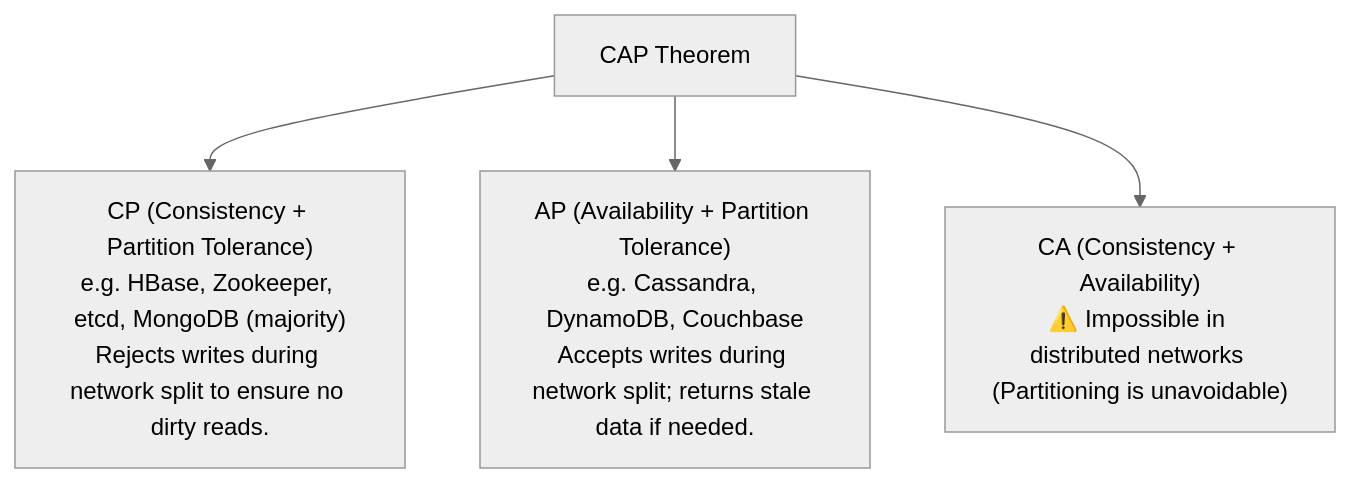
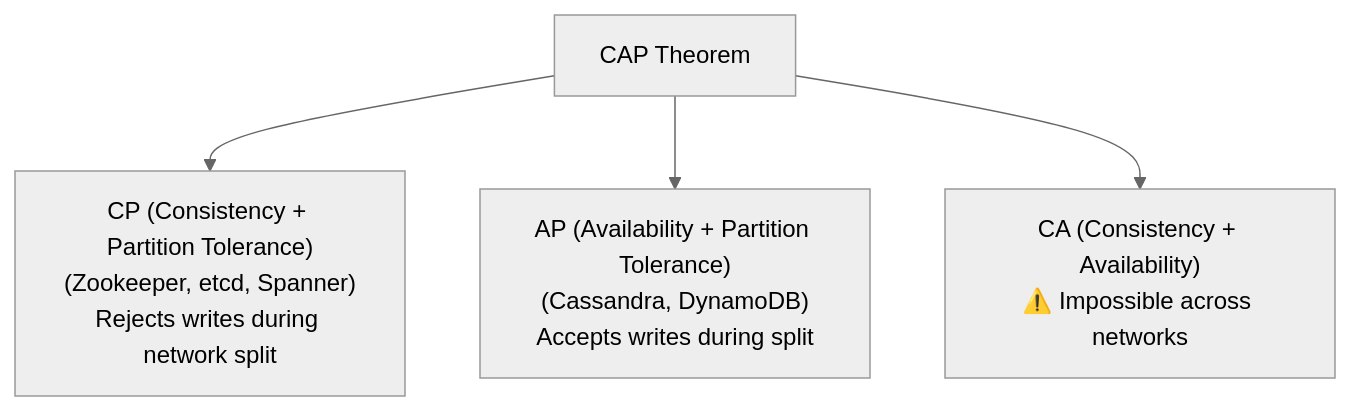
Before and after one commit to Sourav108/strivers-lld: the fourth of 4 diagrams in strivers-hld/06-Databases-and-Storage/README.md, drawn with Mermaid (neutral theme). The commit also changed other lines of this file and 39 other files, not shown here.

Commit message:
fix(mermaid): wrap node labels, simplify diamonds, and reformat wide diagrams for perfect GitHub rendering

````diff
--- a/strivers-hld/06-Databases-and-Storage/README.md
+++ b/strivers-hld/06-Databases-and-Storage/README.md
@@ -81,6 +94,6 @@
 ```mermaid
 flowchart TD
-    CAP["CAP Theorem"] --> CP["CP (Consistency + Partition Tolerance)<br/>e.g. HBase, Zookeeper, etcd, MongoDB (majority)<br/>Rejects writes during network split to ensure no dirty reads."]
-    CAP --> AP["AP (Availability + Partition Tolerance)<br/>e.g. Cassandra, DynamoDB, Couchbase<br/>Accepts writes during network split; returns stale data if needed."]
-    CAP --> CA["CA (Consistency + Availability)<br/>⚠️ Impossible in distributed networks (Partitioning is unavoidable)"]
+    CAP["CAP Theorem"] --> CP["CP (Consistency + Partition Tolerance)<br/>(Zookeeper, etcd, Spanner)<br/>Rejects writes during network split"]
+    CAP --> AP["AP (Availability + Partition Tolerance)<br/>(Cassandra, DynamoDB)<br/>Accepts writes during split"]
+    CAP --> CA["CA (Consistency + Availability)<br/>⚠️ Impossible across networks"]
 ```
````
